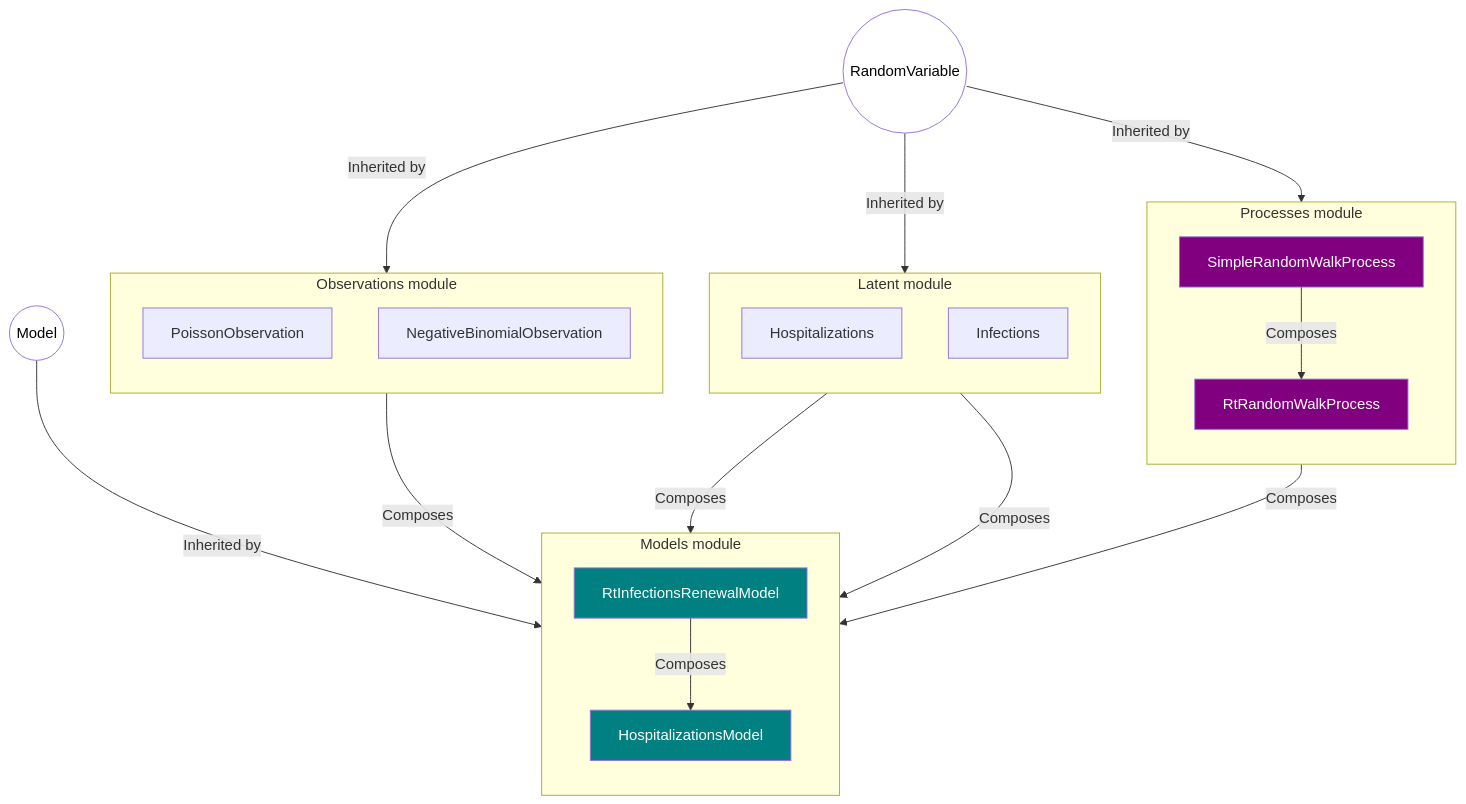
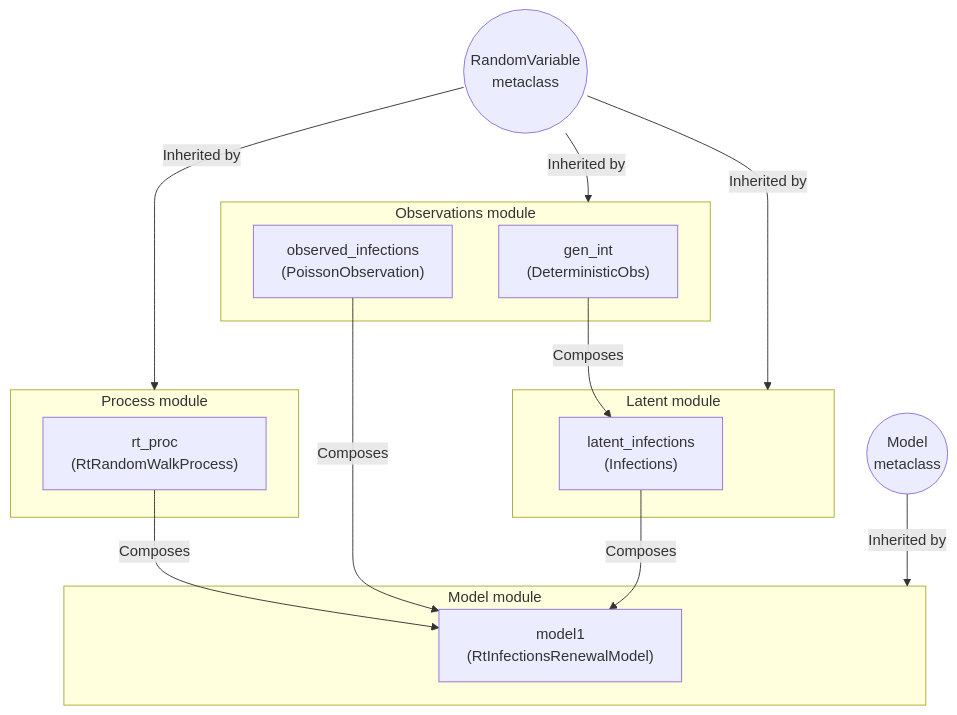
One commit to CDCgov/PyRenew changed the second of 2 diagrams in model/docs/getting-started.qmd. Above: the diagram before and after it, drawn with Mermaid. The commit also changed other lines of this file and 4 other files, not shown here.

Commit message:
Cleaning the quarto documents and working on the getting started diagram

````diff
--- a/model/docs/getting-started.qmd
+++ b/model/docs/getting-started.qmd
@@ -21,56 +160,33 @@
 ```{mermaid}
-%%| label: overview-of-hospitalizationsmodel
+%%| label: overview-of-RtInfectionsRenewalModel
 flowchart TB
+    rand((RandomVariable\nmetaclass))
+    models((Model\nmetaclass))
 
-    subgraph randprocmod["Processes module"]
-        direction TB
-        simprw["SimpleRandomWalkProcess"]
-        rtrw["RtRandomWalkProcess"]
+    subgraph observations[Observations module]
+        genint["gen_int\n(DeterministicObs)"]
+        obs["observed_infections\n(PoissonObservation)"]
     end
 
-    subgraph latentmod["Latent module"]
-        direction TB
-        hosp_latent["Hospitalizations"]
-        inf_latent["Infections"]
+    subgraph latent[Latent module]
+        inf["latent_infections\n(Infections)"]
     end
 
-    subgraph obsmod["Observations module"]
-        direction TB
-        pois["PoissonObservation"]
-        nb["NegativeBinomialObservation"]
+    subgraph process[Process module]
+        rt["rt_proc\n(RtRandomWalkProcess)"]
     end
 
-    subgraph models["Models module"]
-        direction TB
-        basic["RtInfectionsRenewalModel"]
-        hosp["HospitalizationsModel"]
+    subgraph model[Model module]
+        model1["model1\n(RtInfectionsRenewalModel)"]
     end
 
-    rp(("RandomVariable")) --> |Inherited by| randprocmod
-    rp -->|Inherited by| latentmod
-    rp -->|Inherited by| obsmod
+    rand-->|Inherited by|observations
+    rand-->|Inherited by|process
+    rand-->|Inherited by|latent
+    models-->|Inherited by|model
 
-
-    model(("Model")) -->|Inherited by| models
-
-    simprw -->|Composes| rtrw
-    rtrw -->|Composes| basic
-    inf_latent -->|Composes| basic
-    basic -->|Composes| hosp
-
-
-    obsmod -->|Composes|models
-    hosp_latent -->|Composes| hosp
-
-    %% Metaclasses
-    classDef Metaclass color:black,fill:white
-    class rp,model Metaclass
-
-    %% Random process
-    classDef Randproc fill:purple,color:white
-    class rtrw,simprw Randproc
-
-    %% Models
-    classDef Models fill:teal,color:white
-    class basic,hosp Models
+    genint-->|Composes|inf
+    rt-->|Composes|model1
+    obs-->|Composes|model1
+    inf-->|Composes|model1
 ```
````
